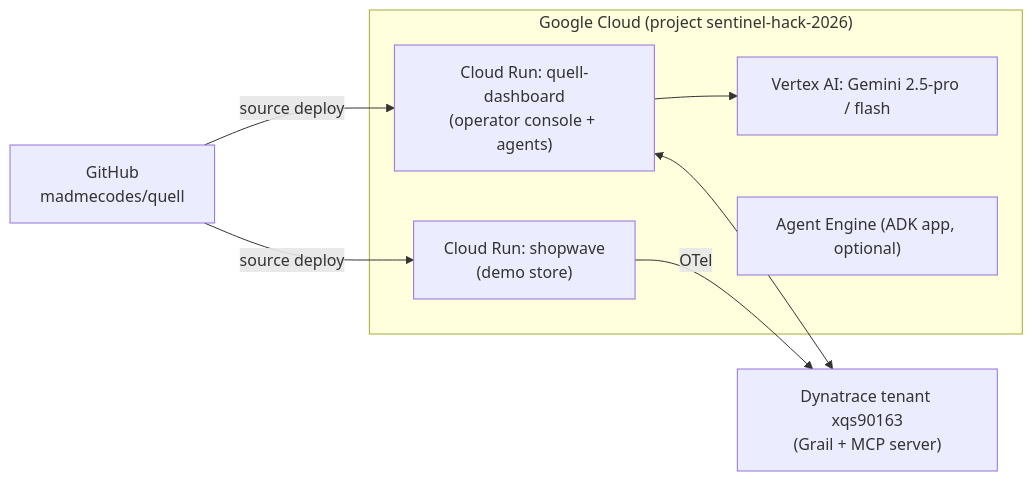
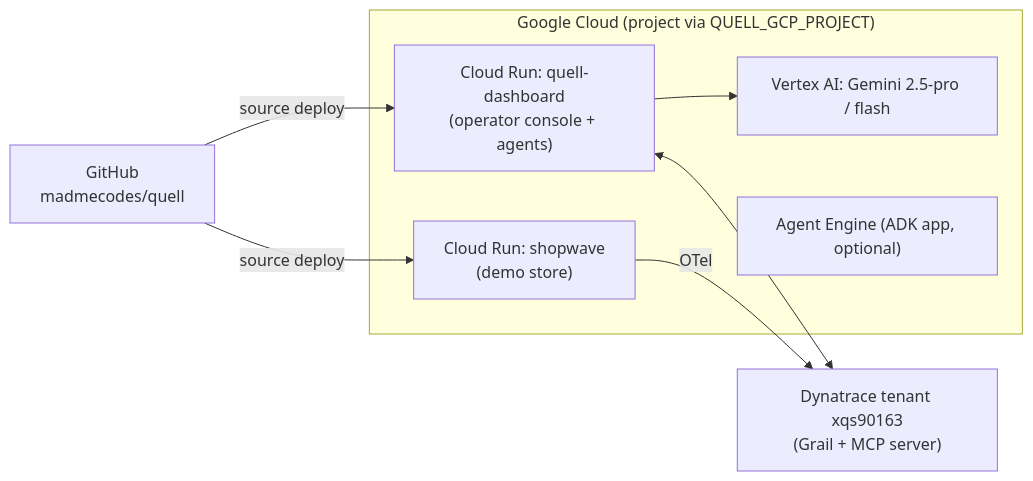
The seventh of 7 diagrams in ARCHITECTURE.md (madmecodes/quell), drawn with Mermaid before and after one commit. The commit also changed 5 other files, not shown here.

Commit message:
Fix live Gemini path: resolve GCP project from env, surface LLM errors, drop hardcoded project ids

````diff
--- a/ARCHITECTURE.md
+++ b/ARCHITECTURE.md
@@ -171,17 +171,17 @@
 ```mermaid
 flowchart LR
   GH["GitHub\nmadmecodes/quell"]
-  subgraph GCP["Google Cloud (project sentinel-hack-2026)"]
+  subgraph GCP["Google Cloud (project via QUELL_GCP_PROJECT)"]
     CR1["Cloud Run: quell-dashboard\n(operator console + agents)"]
     CR2["Cloud Run: shopwave\n(demo store)"]
     VAI["Vertex AI: Gemini 2.5-pro / flash"]
     AE["Agent Engine (ADK app, optional)"]
   end
   DTN["Dynatrace tenant xqs90163\n(Grail + MCP server)"]
 
   GH -->|source deploy| CR1
   GH -->|source deploy| CR2
   CR1 --> VAI
   CR1 <--> DTN
   CR2 -->|OTel| DTN
 ```
````
